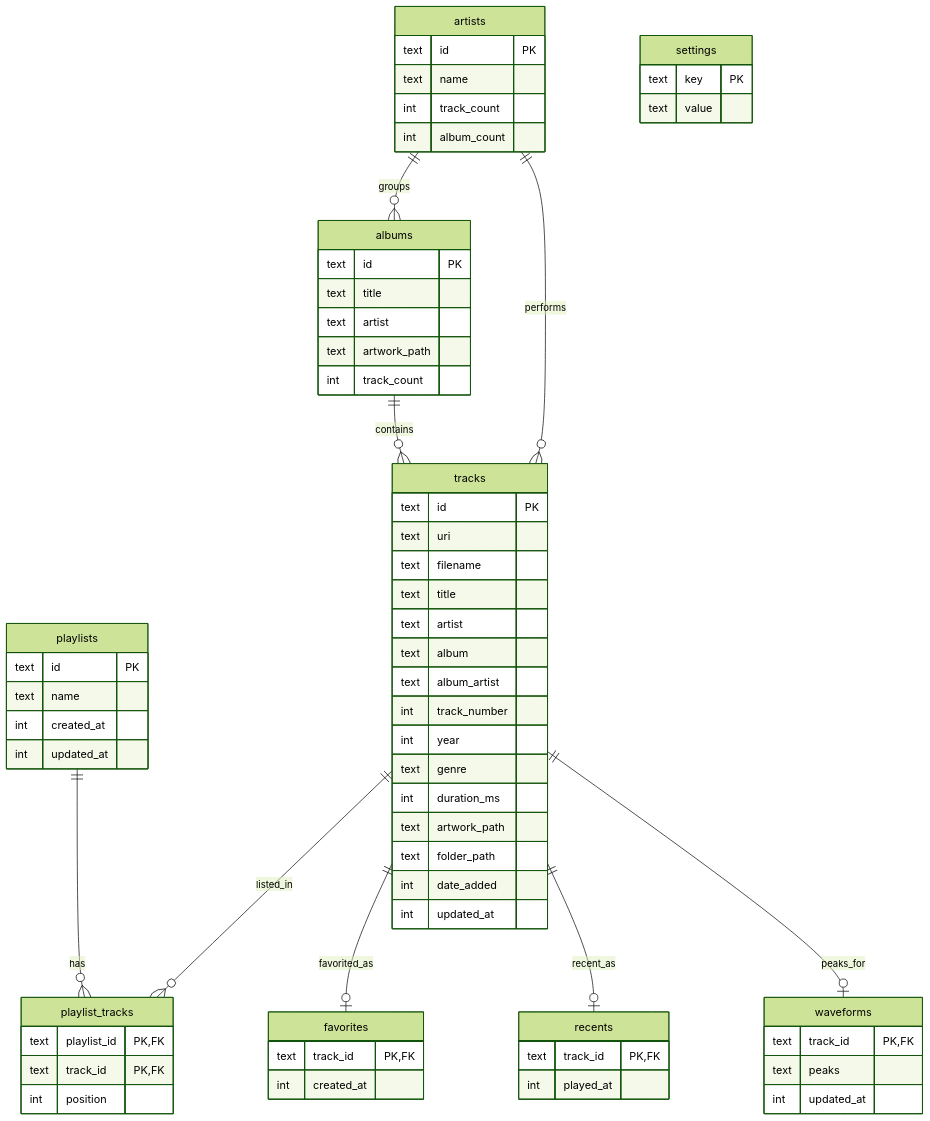
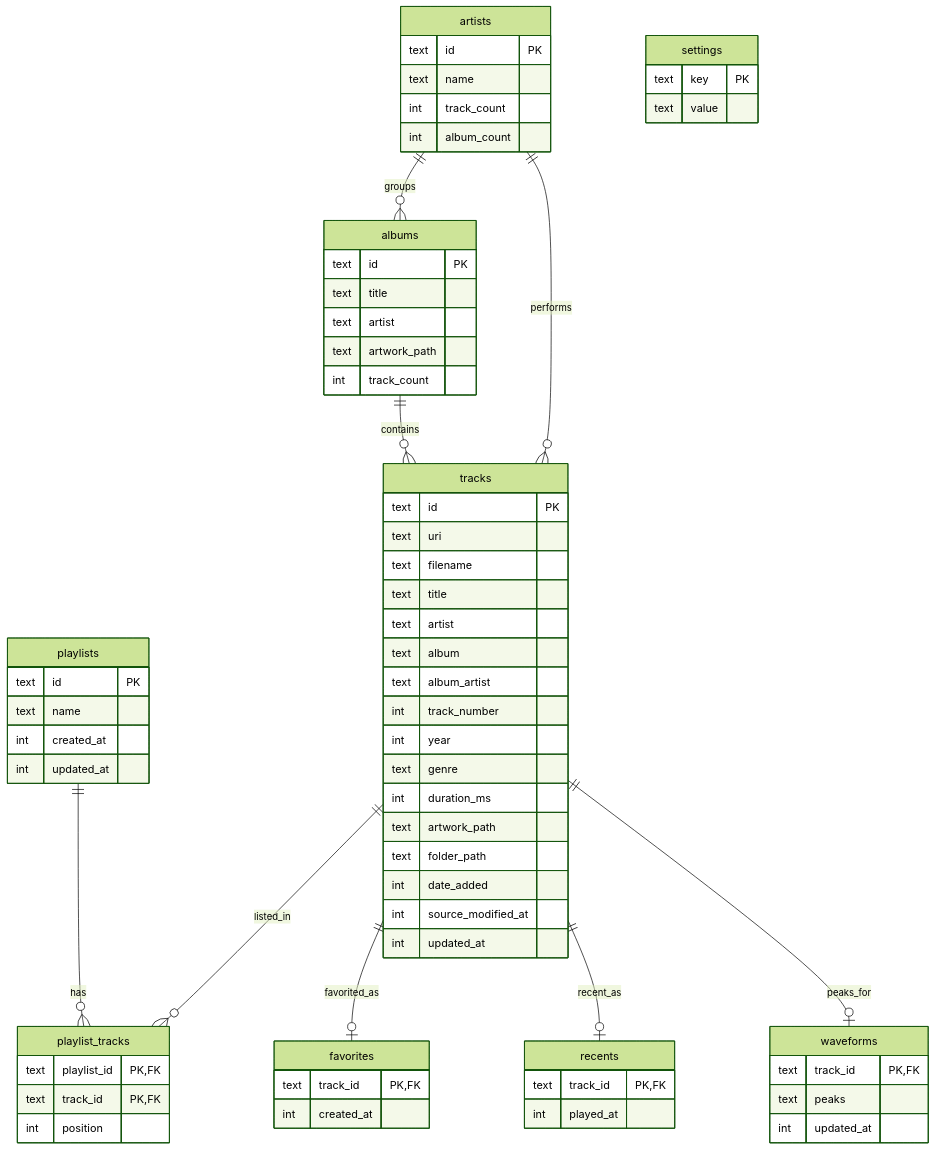
The diagram in docs/DATABASE_ERD.md (MoShahan/muze), drawn with Mermaid (forest theme) before and after one commit. The commit also changed other lines of this file, not shown here.

First line of the commit message:
Update DATABASE_ERD.md to reflect schema version change and new metadata fields

````diff
--- a/docs/DATABASE_ERD.md
+++ b/docs/DATABASE_ERD.md
@@ -9,80 +9,81 @@
 ```mermaid
 erDiagram
   artists ||--o{ albums : groups
   albums ||--o{ tracks : contains
   artists ||--o{ tracks : performs
 
   playlists ||--o{ playlist_tracks : has
   tracks ||--o{ playlist_tracks : listed_in
 
   tracks ||--o| favorites : favorited_as
   tracks ||--o| recents : recent_as
   tracks ||--o| waveforms : peaks_for
 
   artists {
     text id PK
     text name
     int track_count
     int album_count
   }
 
   albums {
     text id PK
     text title
     text artist
     text artwork_path
     int track_count
   }
 
   tracks {
     text id PK
     text uri
     text filename
     text title
     text artist
     text album
     text album_artist
     int track_number
     int year
     text genre
     int duration_ms
     text artwork_path
     text folder_path
     int date_added
+    int source_modified_at
     int updated_at
   }
 
   playlists {
     text id PK
     text name
     int created_at
     int updated_at
   }
 
   playlist_tracks {
     text playlist_id PK, FK
     text track_id PK, FK
     int position
   }
 
   favorites {
     text track_id PK, FK
     int created_at
   }
 
   recents {
     text track_id PK, FK
     int played_at
   }
 
   waveforms {
     text track_id PK, FK
     text peaks
     int updated_at
   }
 
   settings {
     text key PK
     text value
   }
 ```
````
